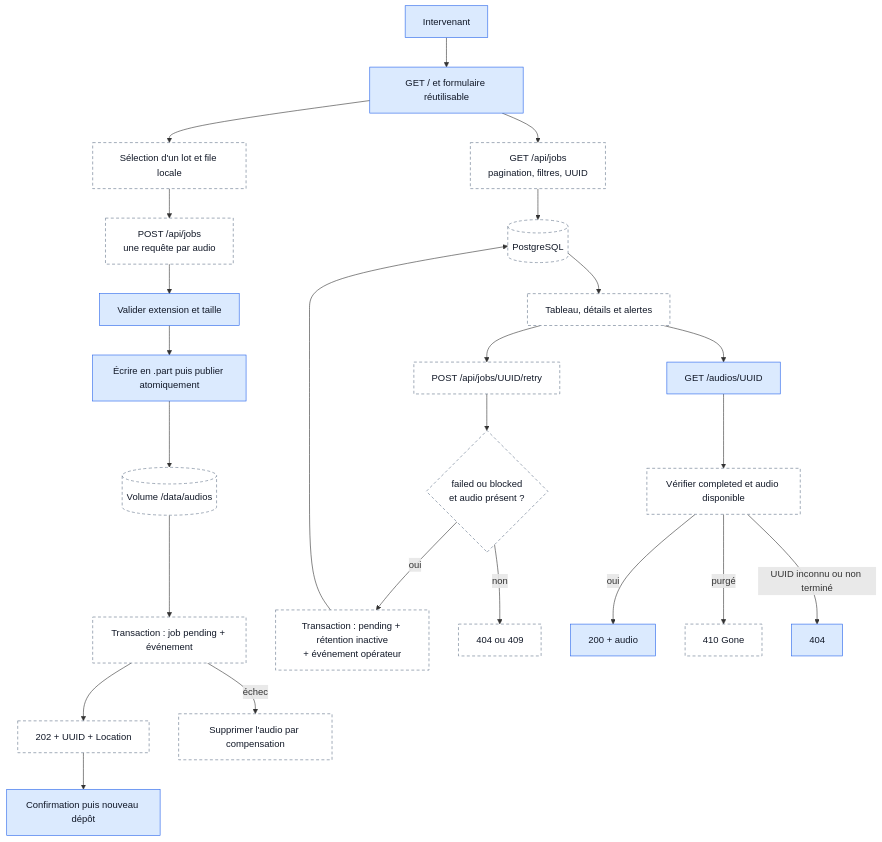
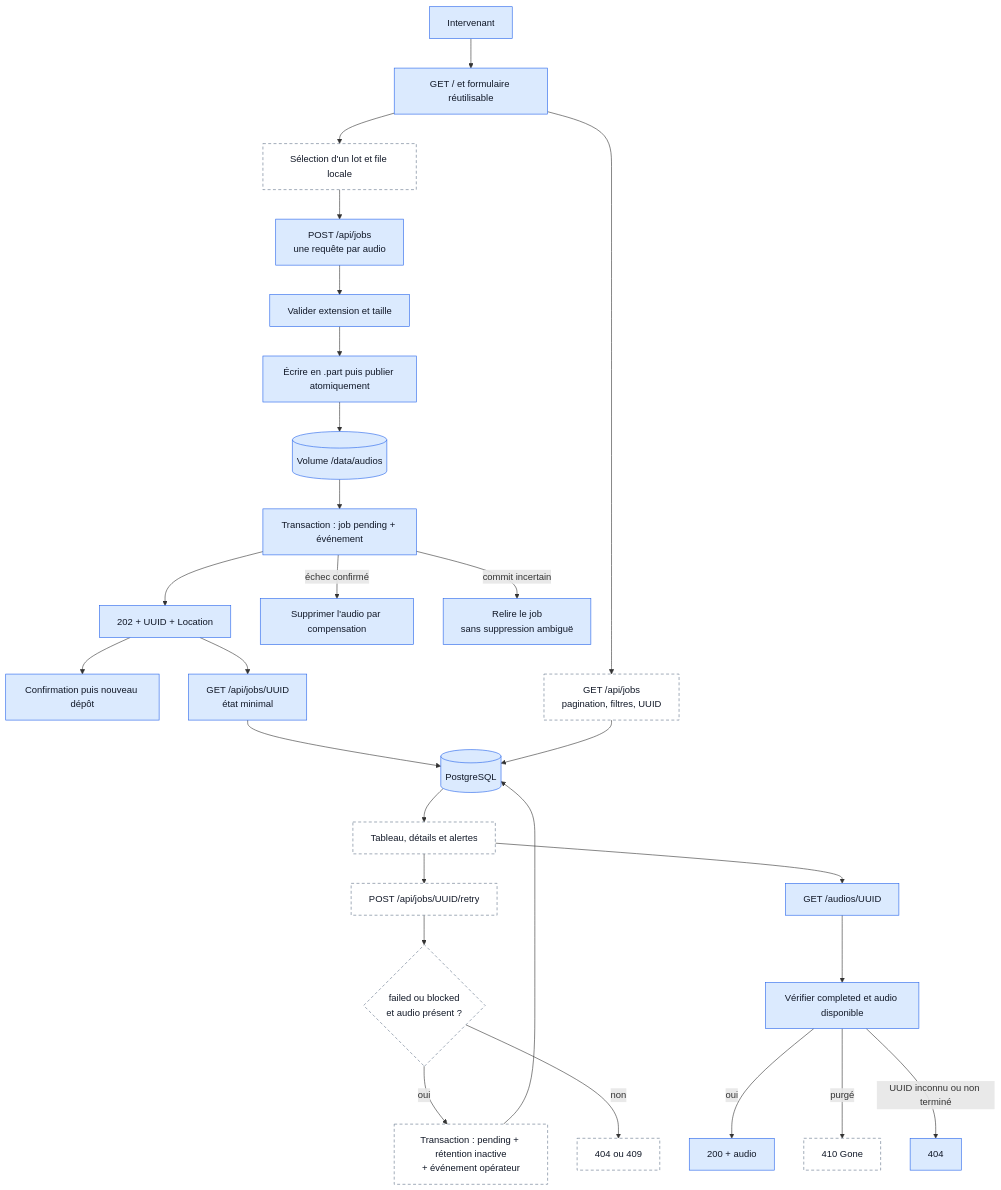
Before and after one commit to dev-vauclaire/mevo2glpi: the third of 6 diagrams in docs/mvp-architecture.md, drawn with Mermaid. The commit also changed other lines of this file and 55 other files, not shown here.

Commit message:
feat(web): persist uploaded audio jobs

````diff
--- a/docs/mvp-architecture.md
+++ b/docs/mvp-architecture.md
@@ -424,33 +432,36 @@
 ```mermaid
 flowchart TD
     User[Intervenant]:::implemented --> Home[GET / et formulaire réutilisable]:::implemented
     Home --> Batch[Sélection d'un lot et file locale]:::future
-    Batch --> Post[POST /api/jobs<br/>une requête par audio]:::future
+    Batch --> Post[POST /api/jobs<br/>une requête par audio]:::implemented
 
     Post --> Validate[Valider extension et taille]:::implemented
     Validate --> Atomic[Écrire en .part puis publier atomiquement]:::implemented
-    Atomic --> Store[(Volume /data/audios)]:::future
-    Store --> Insert[Transaction : job pending + événement]:::future
-    Insert --> Accepted[202 + UUID + Location]:::future
+    Atomic --> Store[(Volume /data/audios)]:::implemented
+    Store --> Insert[Transaction : job pending + événement]:::implemented
+    Insert --> Accepted[202 + UUID + Location]:::implemented
     Accepted --> Confirm[Confirmation puis nouveau dépôt]:::implemented
-    Insert -->|échec| Compensate[Supprimer l'audio par compensation]:::future
+    Insert -->|échec confirmé| Compensate[Supprimer l'audio par compensation]:::implemented
+    Insert -->|commit incertain| Reconcile[Relire le job<br/>sans suppression ambiguë]:::implemented
 
     Home --> List[GET /api/jobs<br/>pagination, filtres, UUID]:::future
-    List --> Database[(PostgreSQL)]:::future
+    Accepted --> Detail[GET /api/jobs/UUID<br/>état minimal]:::implemented
+    Detail --> Database[(PostgreSQL)]:::implemented
+    List --> Database
     Database --> Dashboard[Tableau, détails et alertes]:::future
 
     Dashboard --> Retry[POST /api/jobs/UUID/retry]:::future
     Retry --> RetryGate{failed ou blocked<br/>et audio présent ?}:::future
     RetryGate -->|oui| Rearm[Transaction : pending + rétention inactive<br/>+ événement opérateur]:::future
     RetryGate -->|non| Conflict[404 ou 409]:::future
     Rearm --> Database
 
     Dashboard --> Download[GET /audios/UUID]:::implemented
-    Download --> Gate[Vérifier completed et audio disponible]:::future
+    Download --> Gate[Vérifier completed et audio disponible]:::implemented
     Gate -->|oui| Audio[200 + audio]:::implemented
     Gate -->|purgé| Gone[410 Gone]:::future
     Gate -->|UUID inconnu ou non terminé| Missing[404]:::implemented
 
     classDef implemented fill:#dbeafe,stroke:#2563eb,color:#111827;
     classDef future fill:#fff,stroke:#64748b,color:#111827,stroke-dasharray:5 4;
 ```
````
